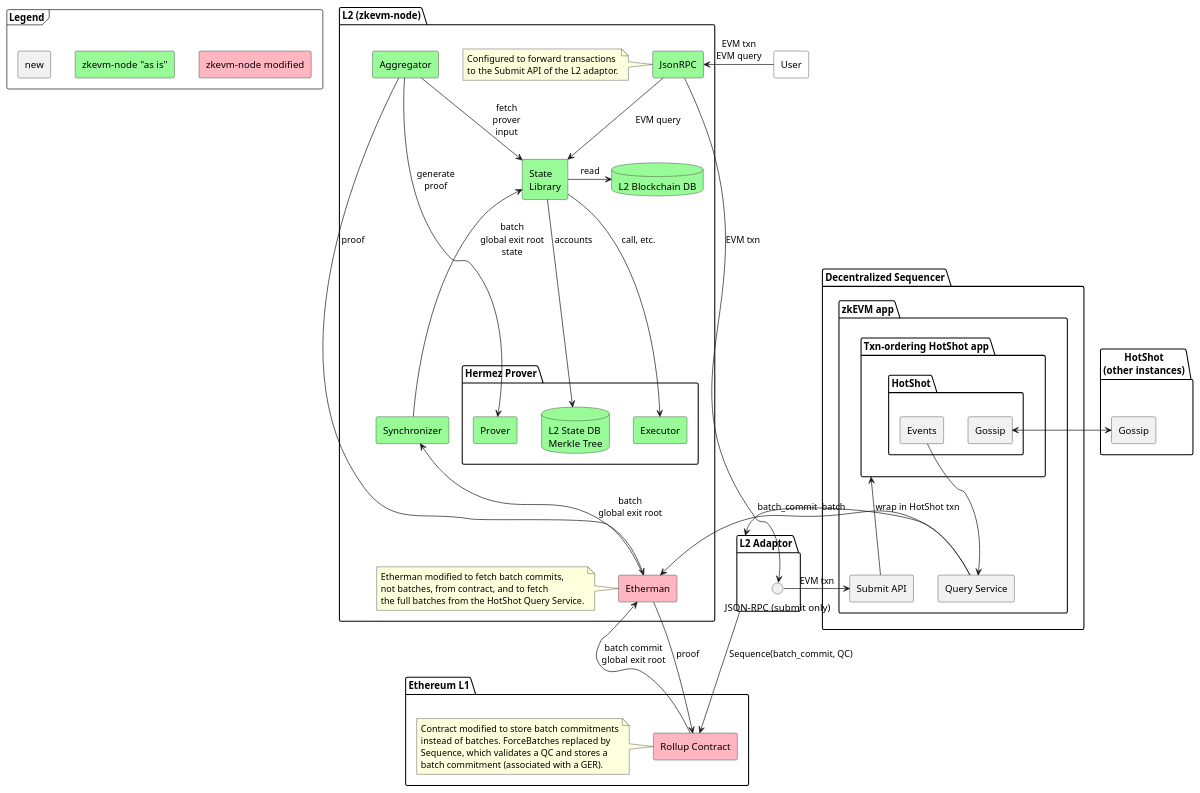
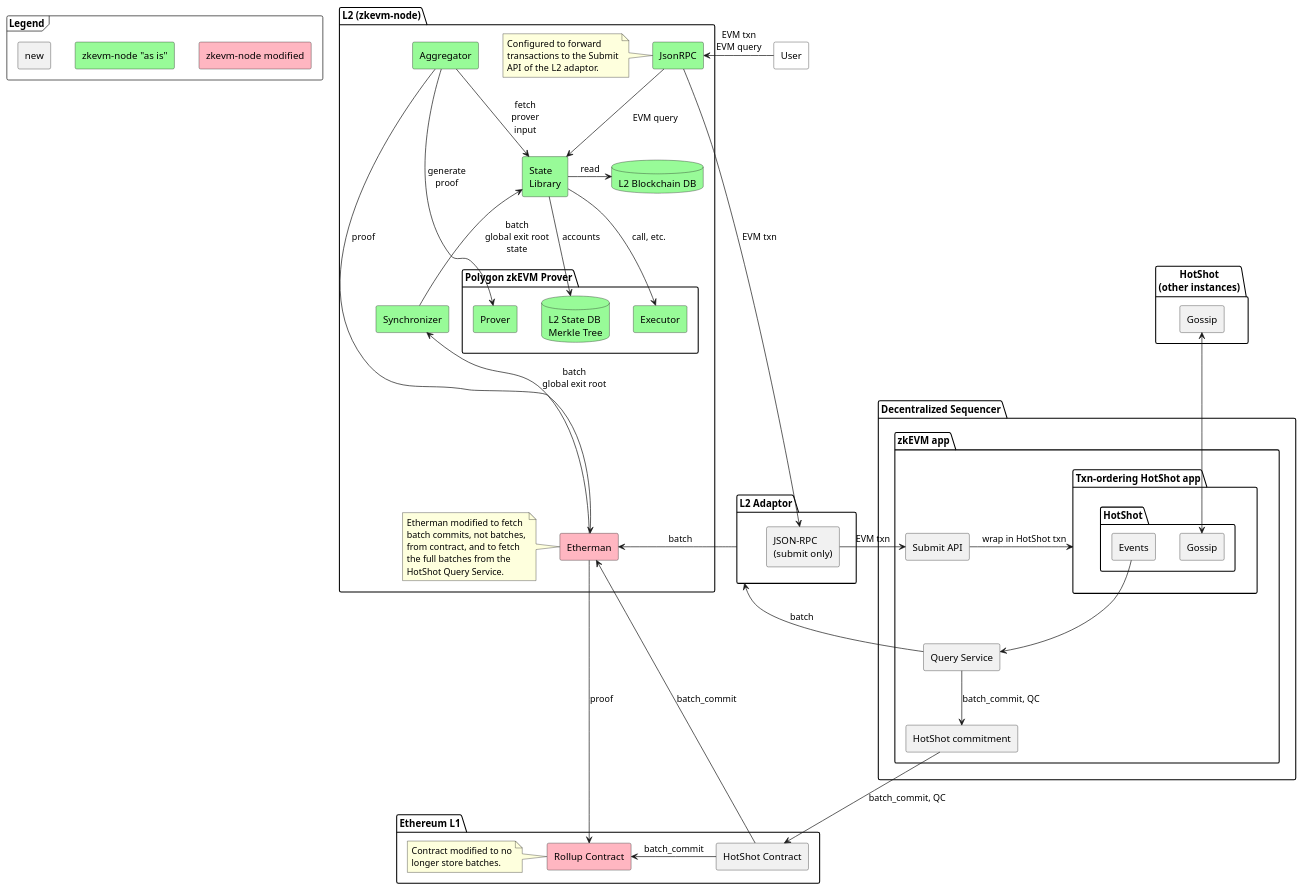
Before and after one commit to EspressoSystems/espresso-polygon-zkevm-demo: the diagram in doc/architecture_phase2.puml, drawn with PlantUML. The commit also changed 1 other file, not shown here.

Commit message:
Update demo architecture figure

```diff
--- a/doc/architecture_phase2.puml
+++ b/doc/architecture_phase2.puml
@@ -1,109 +1,115 @@
 @startuml
 skinparam componentStyle rectangle
 
 frame Legend {
   component "zkevm-node "as is"" as Original #PaleGreen
   component "zkevm-node modified" as Modified #LightPink
   component "new" as New
 }
 
 New -[hidden]r-> Original
 Original -[hidden]r-> Modified
 
 component User #White
 package "HotShot\n(other instances)" as HotShotExternal {
   component "Gossip" as GossipExternal
 }
 
 package "Decentralized Sequencer" {
   package "zkEVM app" as zkApp {
     component "Query Service" as QueryService
     component "Submit API" as Submit
     package "Txn-ordering HotShot app" as App {
       package HotShot {
         component "Gossip" as GossipInternal
         component "Events" as HotShotEvents
       }
     }
+    component "HotShot commitment" as HotShotCommitment
   }
 }
 
 package "L2 Adaptor" as Adaptor {
-  interface "JSON-RPC (submit only)" as AdaptorSubmit
+  component "JSON-RPC\n(submit only)" as AdaptorSubmit
 }
 
 package "Ethereum L1" as L1 {
   component "Rollup Contract" as Rollup #LightPink
   note left of Rollup
-    Contract modified to store batch commitments
-    instead of batches. ForceBatches replaced by
-    Sequence, which validates a QC and stores a
-    batch commitment (associated with a GER).
+    Contract modified to no
+    longer store batches.
   end note
+  component "HotShot Contract" as HotShotContract
   ' component "Bridge L1" as BridgeL1 #PaleGreen
 }
 
 
 package "L2 (zkevm-node)" as L2 {
   component JsonRPC #PaleGreen
   note left of JsonRPC
-    Configured to forward transactions
-    to the Submit API of the L2 adaptor.
+    Configured to forward
+    transactions to the Submit
+    API of the L2 adaptor.
   end note
   database L2DB #PaleGreen [
     L2 Blockchain DB
   ]
-  package "Hermez Prover" as HermezProver {
+  package "Polygon zkEVM Prover" as zkEVMProver {
     component Prover #PaleGreen
     component Executor #PaleGreen
     database Tree #PaleGreen [
       L2 State DB
       Merkle Tree
     ]
   }
   'component "Bridge L2" as BridgeL2 #PaleGreen
   component Etherman #LightPink
   note left of Etherman
-    Etherman modified to fetch batch commits,
-    not batches, from contract, and to fetch
-    the full batches from the HotShot Query Service.
+    Etherman modified to fetch
+    batch commits, not batches,
+    from contract, and to fetch
+    the full batches from the
+    HotShot Query Service.
   end note
   component Aggregator #PaleGreen
   component "State\nLibrary" as State #PaleGreen
   component Synchronizer #PaleGreen
 }
 
-User -> JsonRPC: EVM txn\nEVM query
+User -left-> JsonRPC: EVM txn\nEVM query
 'User -[hidden]> Submit
 'positions the User box in a better place
 'User -[hidden]> L2
 
 JsonRPC -> AdaptorSubmit: EVM txn
 AdaptorSubmit -> Submit: EVM txn
 
-GossipInternal <-> GossipExternal
+GossipInternal <-up-> GossipExternal
 
-QueryService -> Adaptor: batch_commit
-Adaptor -> Rollup: Sequence(batch_commit, QC)
-
+' QueryService -left-> Adaptor: batch_commit
+Rollup <- HotShotContract: batch_commit
 JsonRPC --> State: EVM query
 
 State -> L2DB: read
 State --> Tree: accounts
 State --> Executor: call, etc.
 
 Aggregator --> State: fetch\nprover\ninput
 Aggregator --> Etherman: proof
 Aggregator --> Prover: generate\nproof
 Etherman --> Rollup: proof
-Etherman <- Rollup: batch commit\nglobal exit root
-Etherman <- QueryService: batch
+Etherman <-right- HotShotContract: batch_commit
+Etherman <- Adaptor: batch
+Adaptor <- QueryService: batch
 Synchronizer <-- Etherman: batch\nglobal exit root
 State <-- Synchronizer: batch\nglobal exit root\nstate
 
 ' Prover ..> BridgeL2
 ' User --> BridgeL1
-Submit -up-> App: wrap in HotShot txn
+Submit -> App: wrap in HotShot txn
 HotShotEvents -down-> QueryService
 
+QueryService -down-> HotShotCommitment: batch_commit, QC
+HotShotCommitment -down-> HotShotContract: batch_commit, QC
+
 @enduml
```
